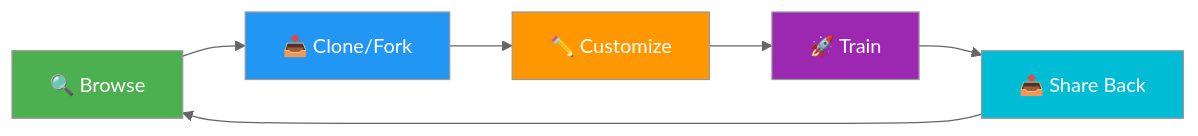
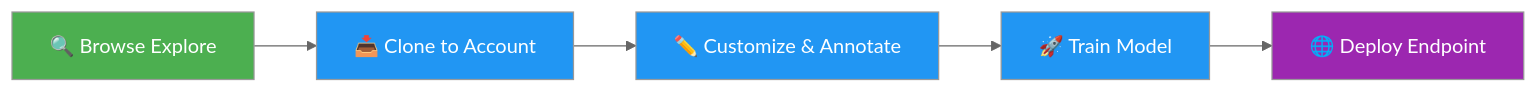
One commit to Dadalia1917/Yolo-RT-DETR-TrainCode changed the first of 3 diagrams in ultralytics/docs/en/platform/explore.md. Above: the diagram before and after it, drawn with Mermaid (neutral theme). The commit also changed other lines of this file and 1003 other files, not shown here.

````diff
--- a/ultralytics/docs/en/platform/explore.md
+++ b/ultralytics/docs/en/platform/explore.md
@@ -13,14 +15,11 @@
 ```mermaid
 graph LR
-    A[🔍 Browse] --> B[📥 Clone/Fork]
-    B --> C[✏️ Customize]
-    C --> D[🚀 Train]
-    D --> E[📤 Share Back]
-    E --> A
+    A[🔍 Browse Explore]:::start --> B[📥 Clone to Account]:::proc
+    B --> C[✏️ Customize & Annotate]:::proc
+    C --> D[🚀 Train Model]:::proc
+    D --> E[🌐 Deploy Endpoint]:::out
 
-    style A fill:#4CAF50,color:#fff
-    style B fill:#2196F3,color:#fff
-    style C fill:#FF9800,color:#fff
-    style D fill:#9C27B0,color:#fff
-    style E fill:#00BCD4,color:#fff
+    classDef start fill:#4CAF50,color:#fff
+    classDef proc fill:#2196F3,color:#fff
+    classDef out fill:#9C27B0,color:#fff
 ```
````
